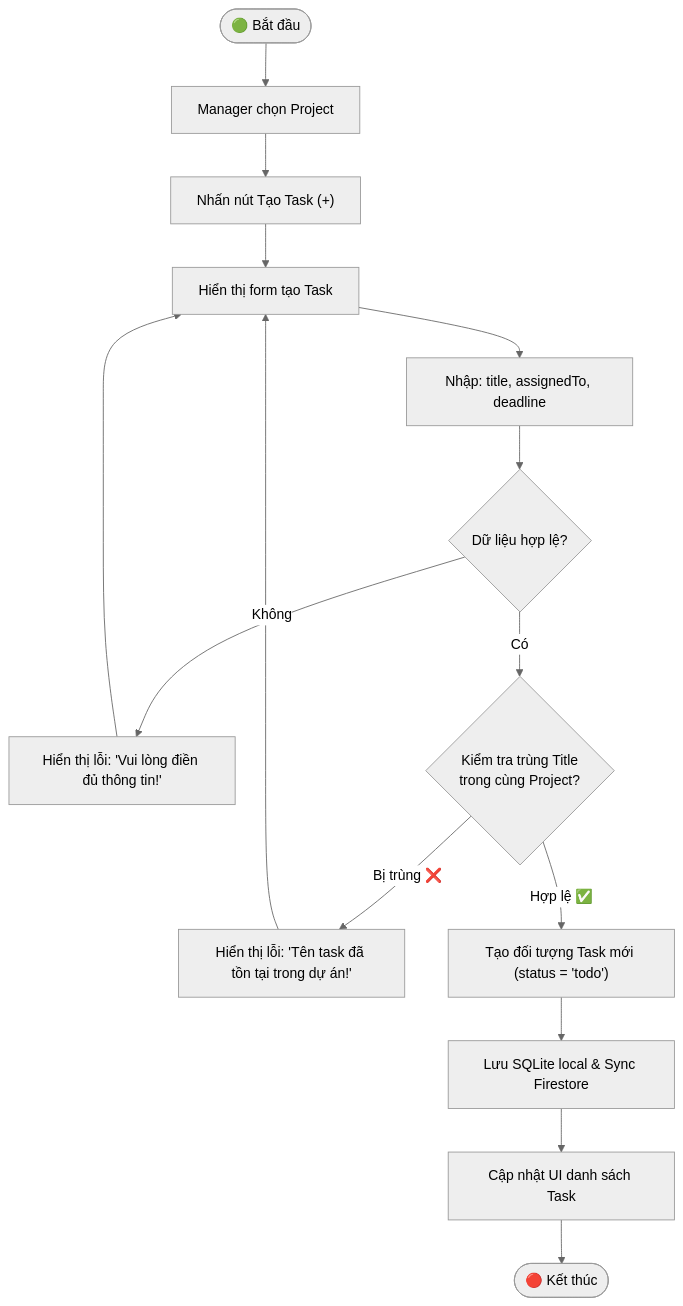
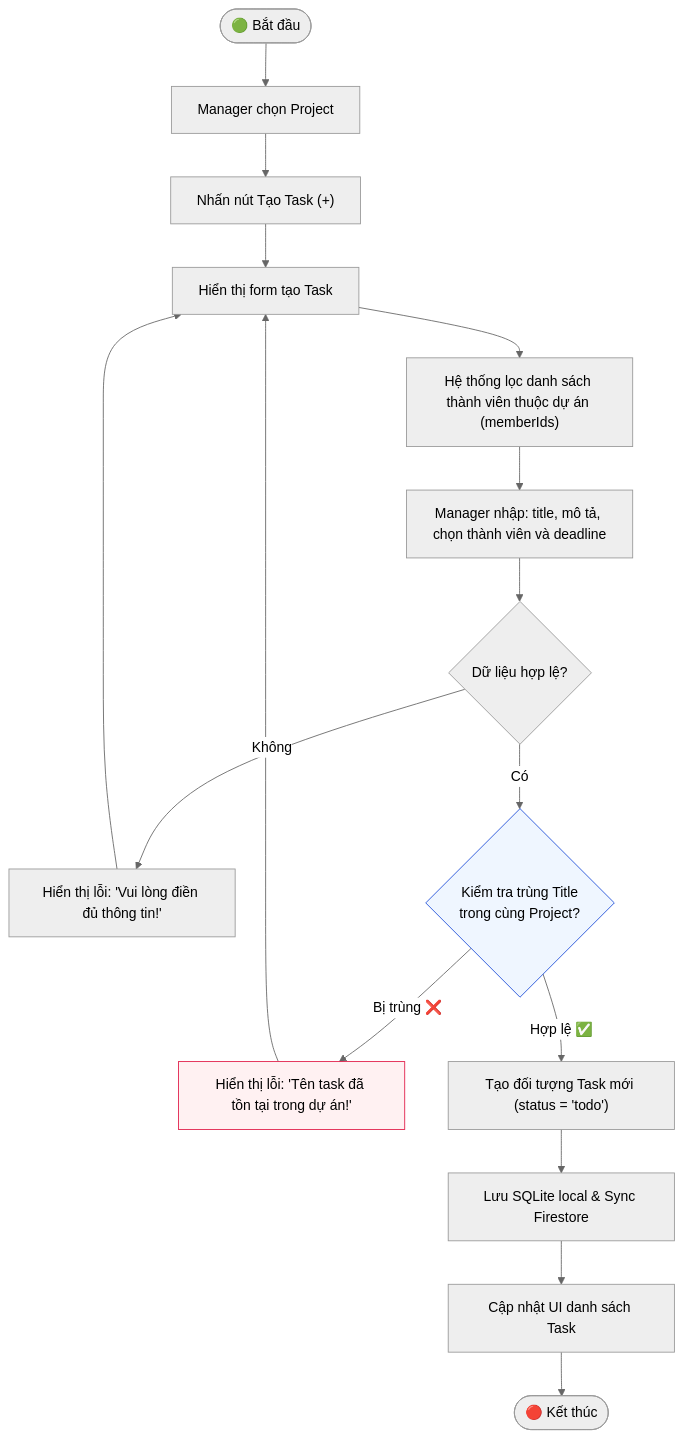
The sixth of 24 diagrams in docs/uml_va_luong_hoat_dong.md (ttt-huong/TaskFlow_Huong_Thuong_Cuong_N03_1_2026), drawn with Mermaid (neutral theme) before and after one commit. The commit also changed other lines of this file and 3 other files, not shown here.

Commit message:
docs: redesign UML diagrams and add final course reports

````diff
--- a/docs/uml_va_luong_hoat_dong.md
+++ b/docs/uml_va_luong_hoat_dong.md
@@ -237,19 +359,23 @@
 ```mermaid
 flowchart TD
     A(["🟢 Bắt đầu"]) --> B["Manager chọn Project"]
     B --> C["Nhấn nút Tạo Task (+)"]
     C --> D["Hiển thị form tạo Task"]
-    D --> E["Nhập: title, assignedTo, deadline"]
-    E --> F{"Dữ liệu hợp lệ?"}
-    F -- Không --> G["Hiển thị lỗi: 'Vui lòng điền đủ thông tin!'"]
-    G --> D
+    D --> E["Hệ thống lọc danh sách thành viên thuộc dự án (memberIds)"]
+    E --> F["Manager nhập: title, mô tả, chọn thành viên và deadline"]
+    F --> G{"Dữ liệu hợp lệ?"}
+    G -- Không --> H["Hiển thị lỗi: 'Vui lòng điền đủ thông tin!'"]
+    H --> D
     
-    F -- Có --> CHECK_DUP{"Kiểm tra trùng Title\ntrong cùng Project?"}
+    G -- Có --> CHECK_DUP{"Kiểm tra trùng Title\ntrong cùng Project?"}
     CHECK_DUP -- "Bị trùng ❌" --> G_DUP["Hiển thị lỗi: 'Tên task đã tồn tại trong dự án!'"]
     G_DUP --> D
     
-    CHECK_DUP -- "Hợp lệ ✅" --> H["Tạo đối tượng Task mới (status = 'todo')"]
-    H --> I["Lưu SQLite local & Sync Firestore"]
-    I --> J["Cập nhật UI danh sách Task"]
-    J --> K(["🔴 Kết thúc"])
+    CHECK_DUP -- "Hợp lệ ✅" --> I["Tạo đối tượng Task mới (status = 'todo')"]
+    I --> J["Lưu SQLite local & Sync Firestore"]
+    J --> K["Cập nhật UI danh sách Task"]
+    K --> L(["🔴 Kết thúc"])
+
+    style CHECK_DUP fill:#eff6ff,stroke:#1d4ed8
+    style G_DUP fill:#fff1f2,stroke:#e11d48
 ```
````
